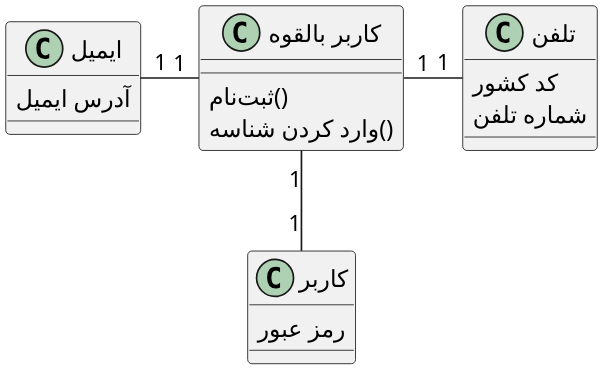
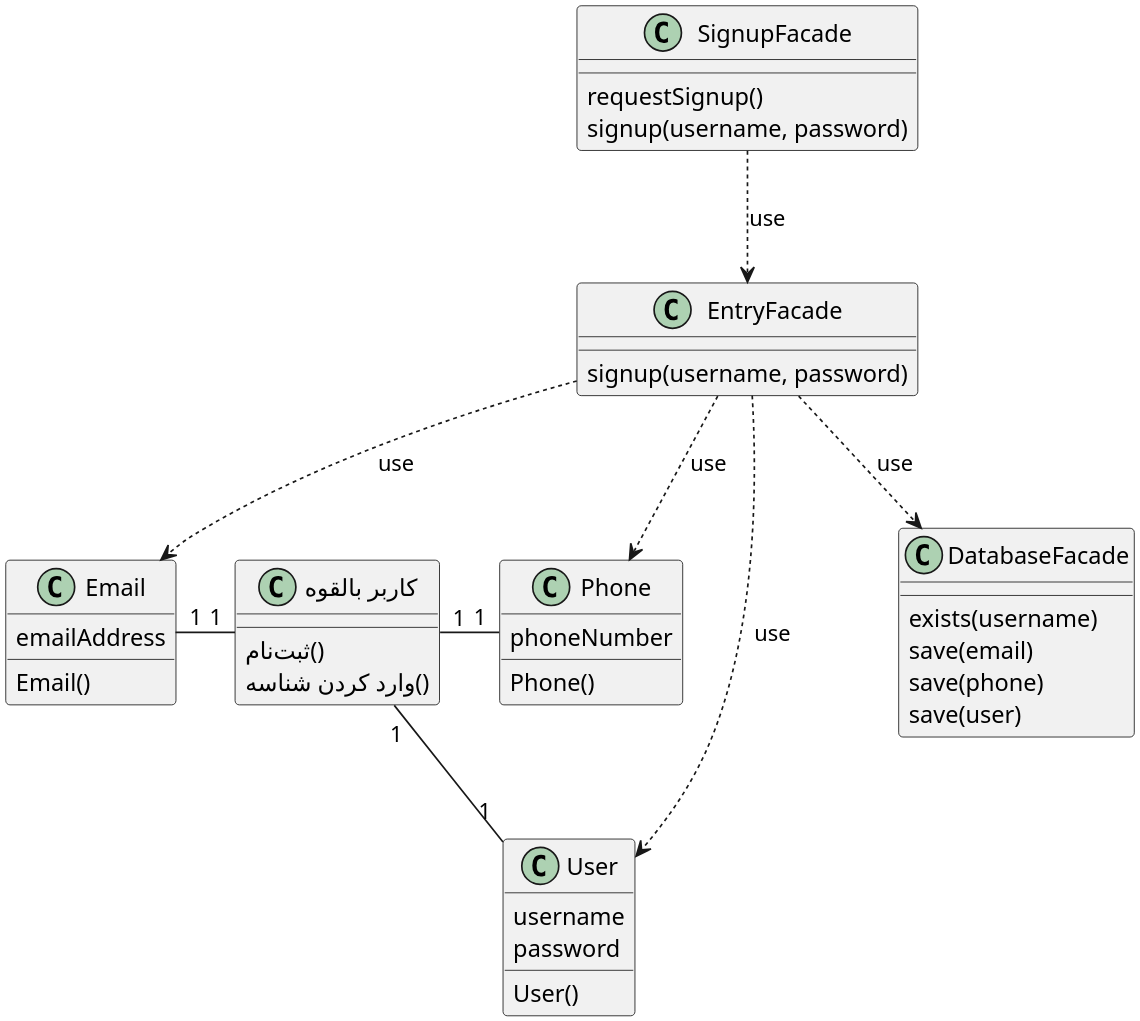
Before and after one commit to soleyman79/Qasedak: the diagram in Diagrams/Design Class/Signup.puml, drawn with PlantUML.

Commit message:
update Design class: Signup

```diff
--- a/Diagrams/Design Class/Signup.puml
+++ b/Diagrams/Design Class/Signup.puml
@@ -1,29 +1,53 @@
 @startuml signup
 
 scale 3
 skinparam DefaultFontName B Nazanin
 
 
 class "کاربر بالقوه" as potential_user {
     ثبت‌نام()
     وارد کردن شناسه()
 }
 
-class "ایمیل" as address {
-    آدرس ایمیل
+class Email {
+    Email()
+    emailAddress
 }
 
-class "تلفن" as phone {
-    کد کشور
-    شماره تلفن
+class Phone {
+    phoneNumber
+    Phone()
 }
 
-class "کاربر" as user {
-    رمز عبور
+class User{
+    username
+    password
+    User()
 }
 
-potential_user "1" -left- "1" address
-potential_user "1" -right- "1" phone
-potential_user "1" -down- "1" user
+class SignupFacade {
+    requestSignup()
+    signup(username, password)
+}
+
+class EntryFacade {
+    signup(username, password)
+}
+
+class DatabaseFacade {
+    exists(username)
+    save(email)
+    save(phone)
+    save(user)
+}
+
+potential_user "1" -left- "1" Email
+potential_user "1" -right- "1" Phone
+potential_user "1" -down- "1" User
+EntryFacade ..> DatabaseFacade :use
+EntryFacade ..> Email :use
+EntryFacade ..> Phone :use
+EntryFacade ..> User :use
+SignupFacade ..> EntryFacade :use
 
 @enduml
```
